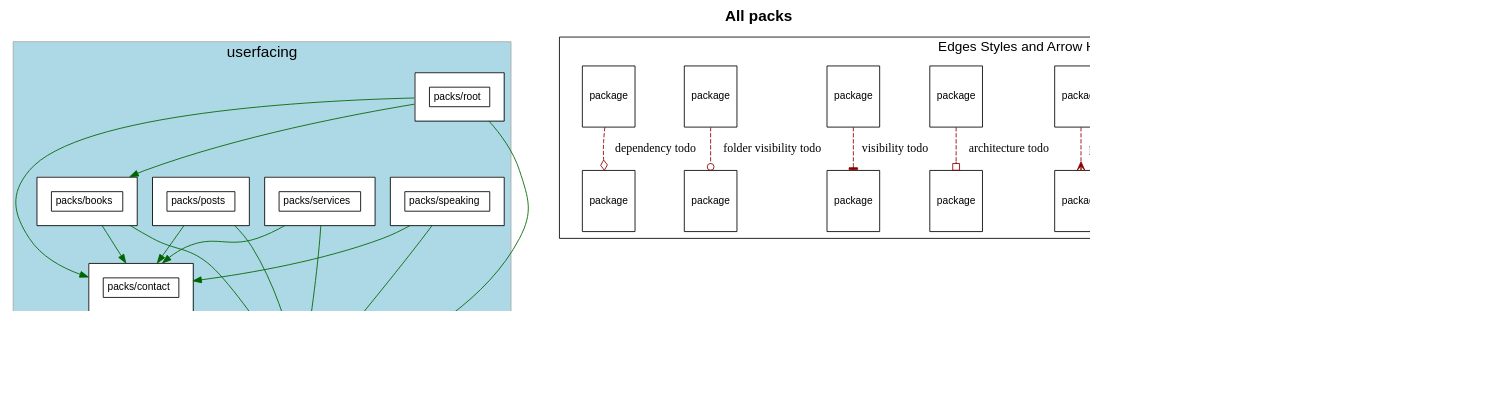
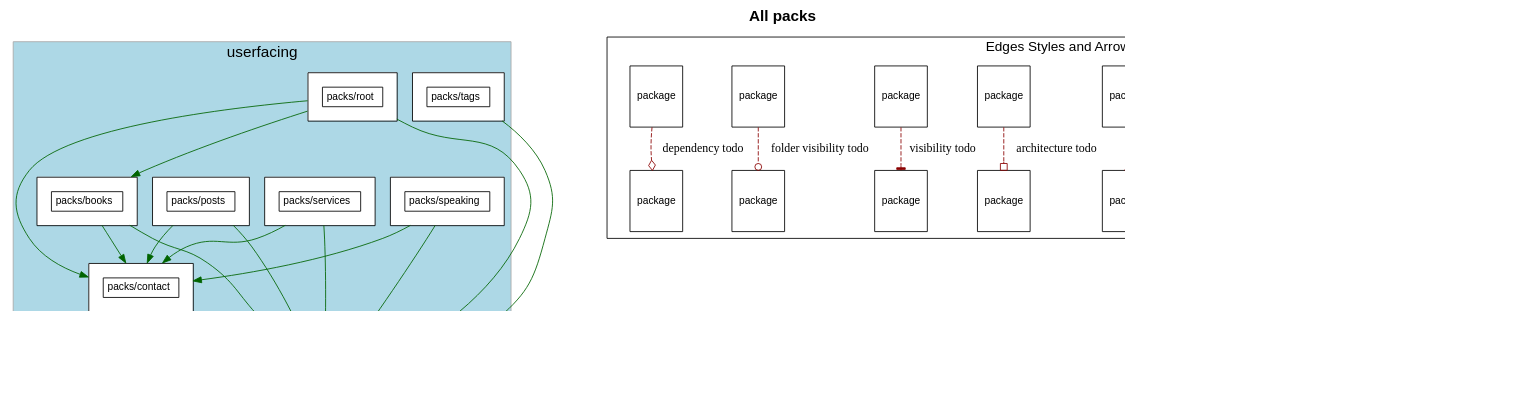
The diagram in packs.dot (shageman/stephanhagemann.com), drawn with Graphviz before and after one commit. The commit also changed 10 other files, not shown here.

```diff
--- a/packs.dot
+++ b/packs.dot
@@ -105,6 +105,18 @@
               >
           ]
         
+        "packs/tags" [
+            fontsize=12.0
+            label= <
+                <table border='0' cellborder='1' cellspacing='0' cellpadding='16'><tr><td>
+                  <table border='0' cellborder='1' cellspacing='0' cellpadding='4'>
+                    <tr> <td port='private'> packs/tags </td> </tr>
+                  </table>
+                  </td></tr>
+                  </table>
+              >
+          ]
+        
     }
     subgraph utility {
       shape=box
@@ -132,6 +144,7 @@
               "packs/root" -> "packs/rails_shims" [ style=invis ]
               "packs/services" -> "packs/rails_shims" [ style=invis ]
               "packs/speaking" -> "packs/rails_shims" [ style=invis ]
+              "packs/tags" -> "packs/rails_shims" [ style=invis ]
     subgraph NotInLayer {
       shape=box
       color=darkgrey
@@ -151,6 +164,7 @@
           "packs/services" -> "packs/rails_shims" [ color=darkgreen ]
           "packs/speaking" -> "packs/contact" [ color=darkgreen ]
           "packs/speaking" -> "packs/rails_shims" [ color=darkgreen ]
+          "packs/tags" -> "packs/rails_shims" [ color=darkgreen ]
     subgraph cluster_legend {
       fontsize=16
       label="Edges Styles and Arrow Heads"
```
